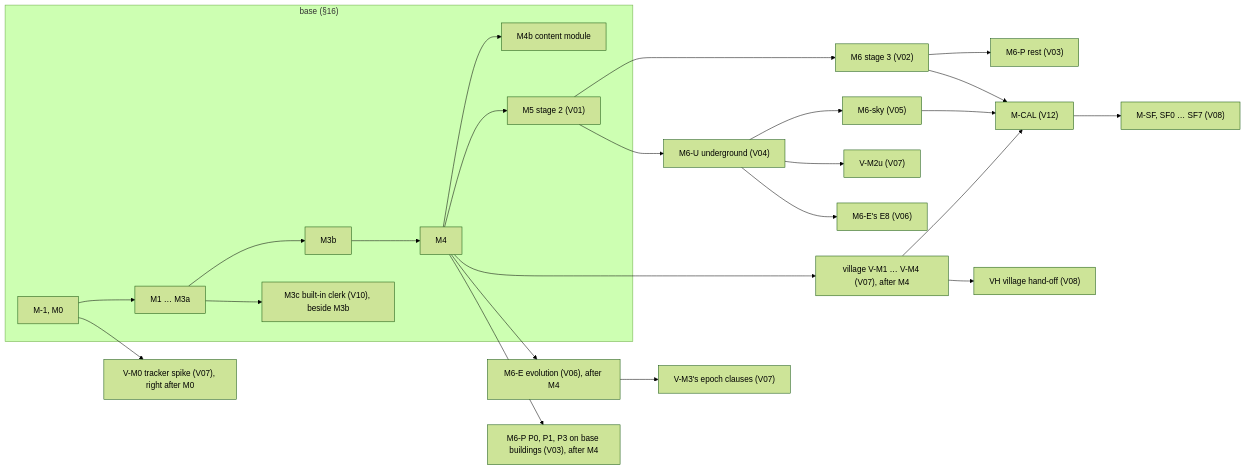
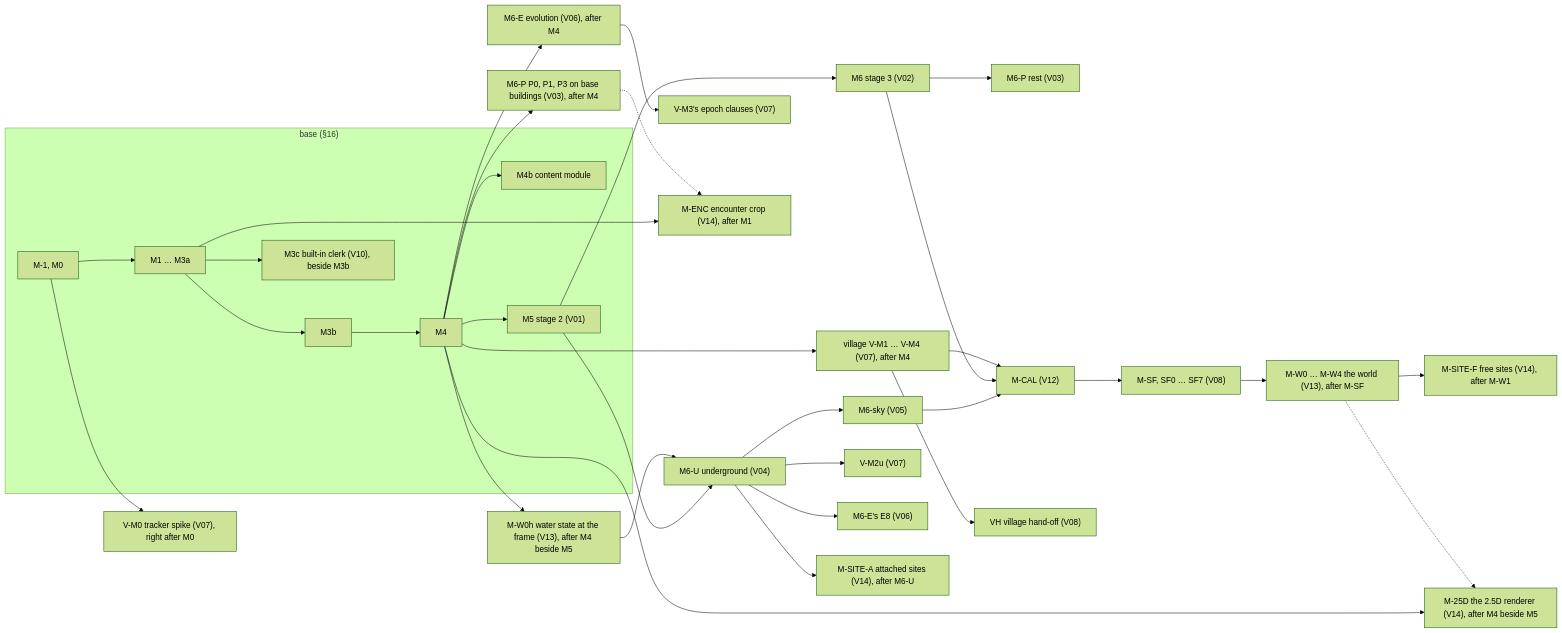
The diagram in docs/volumes/INDEX.md (clausellstokes-lang/maps-architecture), drawn with Mermaid (forest theme) before and after one commit. The commit also changed other lines of this file and 6 other files, not shown here.

First line of the commit message:
volumes: integration of V13 and V14, steps 1-7 (lane volumes/_integrate-world-sites, in progress)

````diff
--- a/docs/volumes/INDEX.md
+++ b/docs/volumes/INDEX.md
@@ -69,27 +81,36 @@
 ```mermaid
 flowchart LR
   subgraph BASE["base (§16)"]
     M0["M-1, M0"] --> MA["M1 … M3a"]
     MA --> M3b["M3b"]
     MA --> M3c["M3c built-in clerk (V10), beside M3b"]
     M3b --> M4["M4"]
     M4 --> M4b["M4b content module"]
     M4 --> M5["M5 stage 2 (V01)"]
   end
   M0 --> VM0["V-M0 tracker spike (V07), right after M0"]
   M4 --> VM["village V-M1 … V-M4 (V07), after M4"]
   M4 --> ME["M6-E evolution (V06), after M4"]
   M4 --> MP0["M6-P P0, P1, P3 on base buildings (V03), after M4"]
   M5 --> M6["M6 stage 3 (V02)"]
   M5 --> MU["M6-U underground (V04)"]
   M6 --> MP["M6-P rest (V03)"]
   MU --> MS["M6-sky (V05)"]
   MU --> VMu["V-M2u (V07)"]
   MU --> E8["M6-E's E8 (V06)"]
   ME --> VM3["V-M3's epoch clauses (V07)"]
   MS --> MCAL["M-CAL (V12)"]
   M6 --> MCAL
   VM --> MCAL
   MCAL --> MSF["M-SF, SF0 … SF7 (V08)"]
   VM --> VH["VH village hand-off (V08)"]
+  M4 --> MW0H["M-W0h water state at the frame (V13), after M4 beside M5"]
+  MW0H --> MU
+  MSF --> MW["M-W0 … M-W4 the world (V13), after M-SF"]
+  MA --> MENC["M-ENC encounter crop (V14), after M1"]
+  MP0 -.-> MENC
+  MU --> MSA["M-SITE-A attached sites (V14), after M6-U"]
+  MW --> MSFree["M-SITE-F free sites (V14), after M-W1"]
+  M4 --> M25["M-25D the 2.5D renderer (V14), after M4 beside M5"]
+  MW -.-> M25
 ```
````
